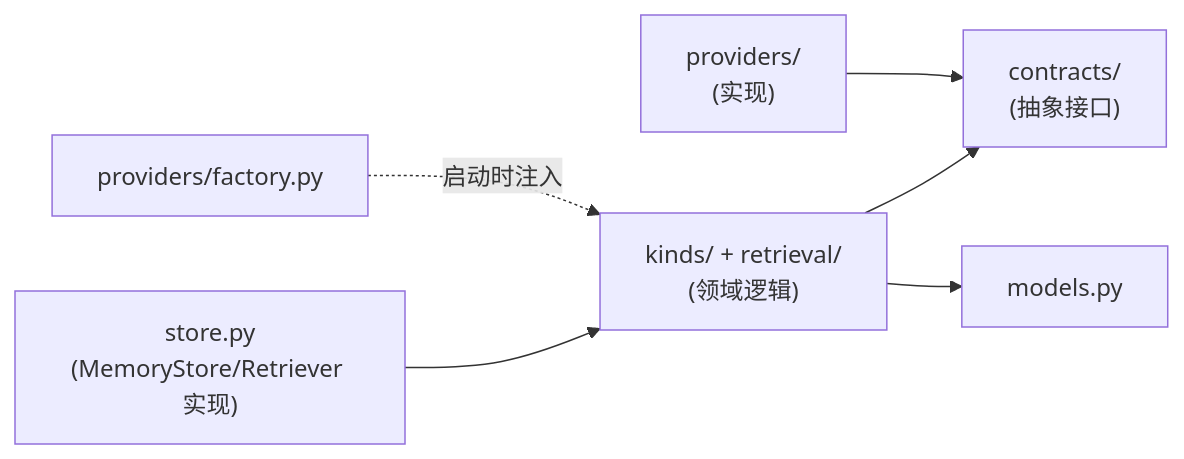
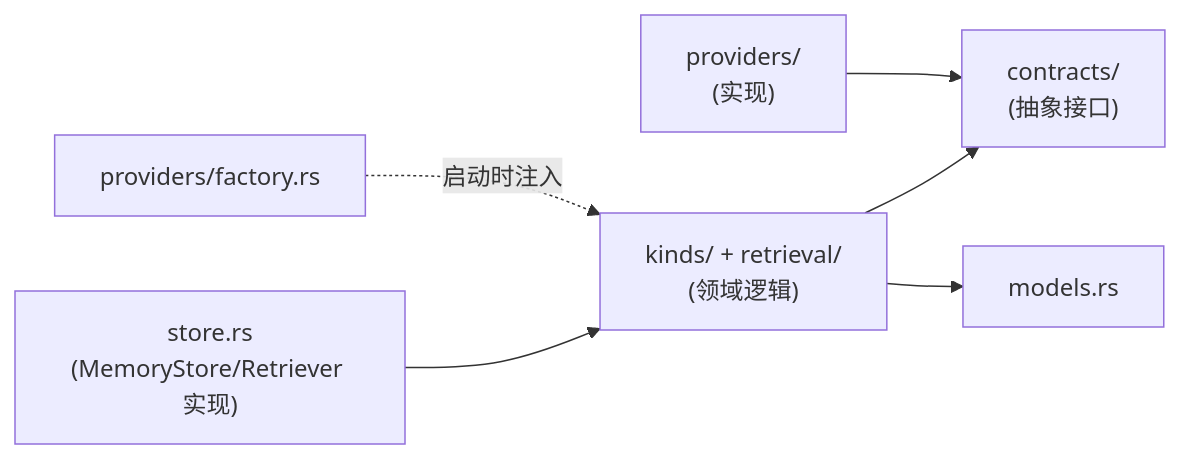
The diagram in docs/modules/memory/README.md (Kairos0922/kairos-agent-infra), drawn with Mermaid before and after one commit. The commit also changed other lines of this file and 92 other files, not shown here.

````diff
--- a/docs/modules/memory/README.md
+++ b/docs/modules/memory/README.md
@@ -52,8 +52,8 @@
 ```mermaid
 flowchart LR
-    Store["store.py<br/>(MemoryStore/Retriever 实现)"] --> Kinds["kinds/ + retrieval/<br/>(领域逻辑)"]
+    Store["store.rs<br/>(MemoryStore/Retriever 实现)"] --> Kinds["kinds/ + retrieval/<br/>(领域逻辑)"]
     Kinds --> Contracts["contracts/<br/>(抽象接口)"]
-    Kinds --> Models["models.py"]
-    Factory["providers/factory.py"] -.启动时注入.-> Kinds
+    Kinds --> Models["models.rs"]
+    Factory["providers/factory.rs"] -.启动时注入.-> Kinds
     Providers["providers/<br/>(实现)"] --> Contracts
 ```
````
